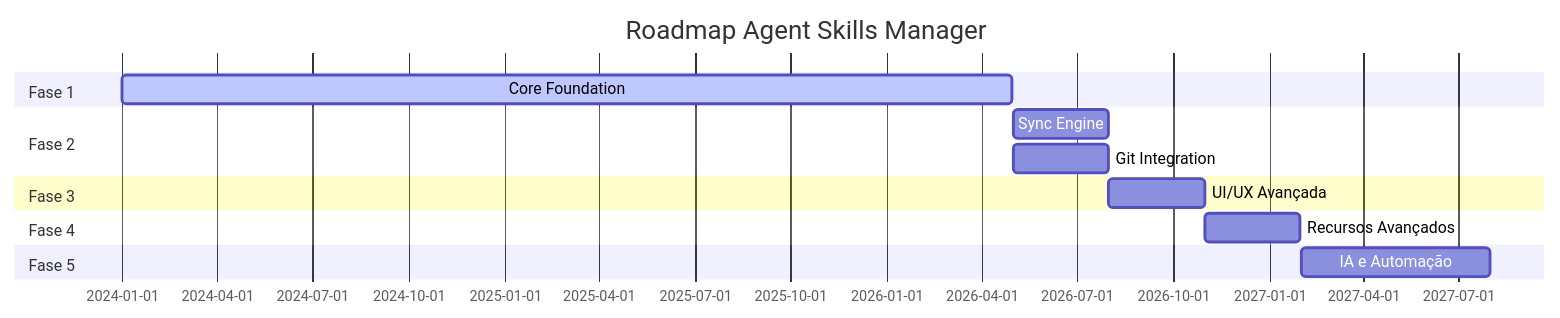
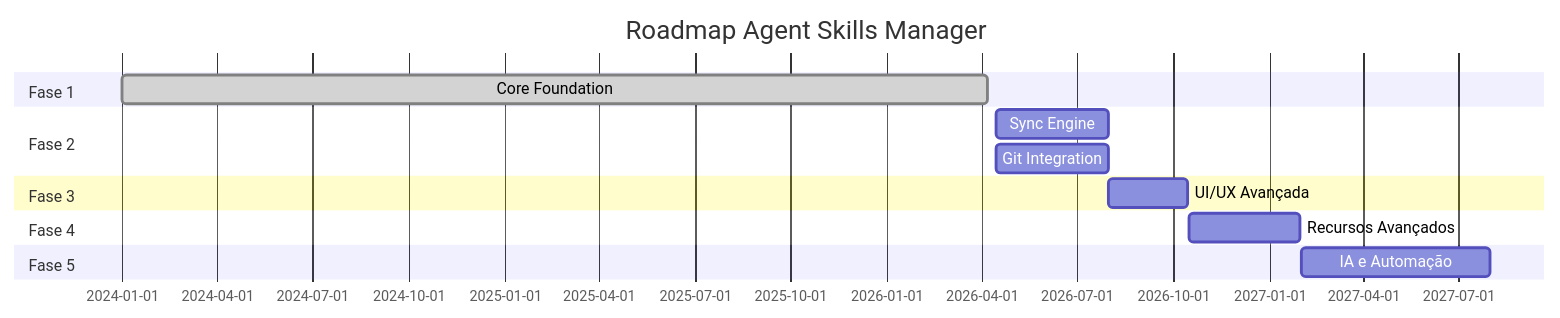
One commit to gugacarbo/agent-skills-manager changed the diagram in docusaurus/docs/02-development/04-roadmap/01-fases-implementacao.md. Above: the diagram before and after it, drawn with Mermaid. The commit also changed other lines of this file and 21 other files, not shown here.

````diff
--- a/docusaurus/docs/02-development/04-roadmap/01-fases-implementacao.md
+++ b/docusaurus/docs/02-development/04-roadmap/01-fases-implementacao.md
@@ -11,16 +11,16 @@
 ```mermaid
 gantt
     title Roadmap Agent Skills Manager
     dateFormat  YYYY-MM-DD
     section Fase 1
-    Core Foundation       :active, f1, 2024-01-01, 2026-04-30
+    Core Foundation       :done, f1, 2024-01-01, 2026-04-07
     section Fase 2
-    Sync Engine           :f2, 2026-05-01, 2026-07-31
-    Git Integration       :f2, 2026-05-01, 2026-07-31
+    Sync Engine           :f2, 2026-04-15, 2026-07-31
+    Git Integration       :f2, 2026-04-15, 2026-07-31
     section Fase 3
-    UI/UX Avançada        :f3, 2026-08-01, 2026-10-31
+    UI/UX Avançada        :f3, 2026-08-01, 2026-10-15
     section Fase 4
-    Recursos Avançados    :f4, 2026-11-01, 2027-01-31
+    Recursos Avançados    :f4, 2026-10-16, 2027-01-31
     section Fase 5
     IA e Automação        :f5, 2027-02-01, 2027-07-31
 ```
````
